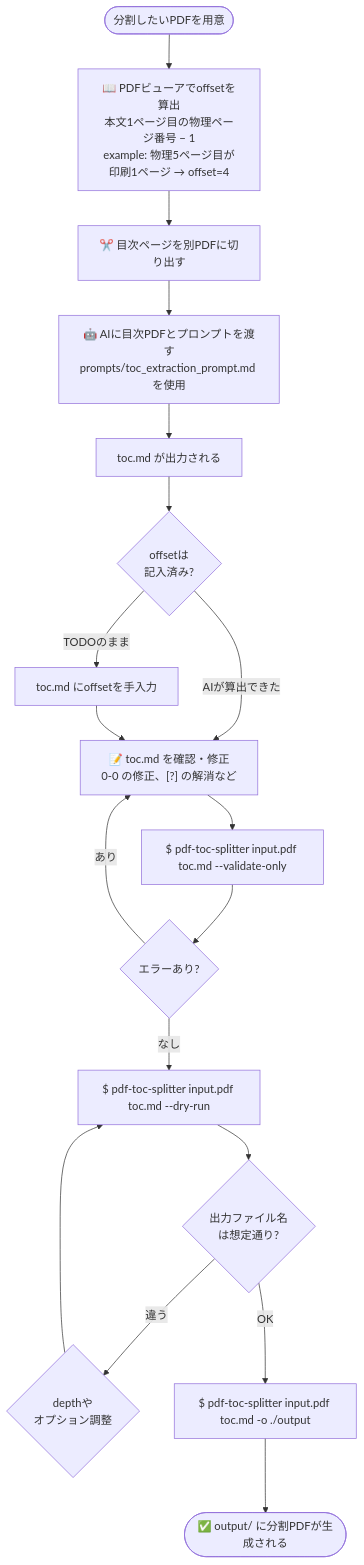
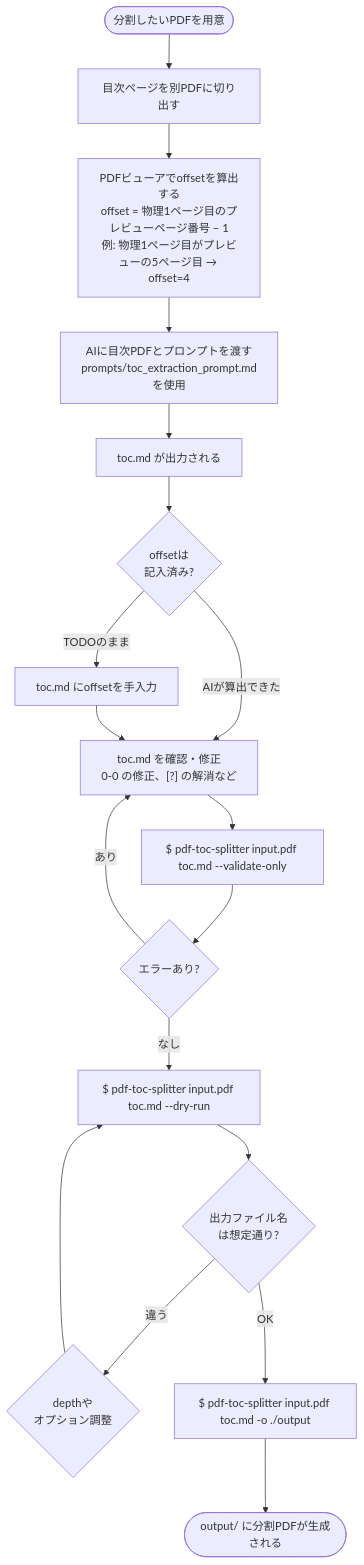
The diagram in README.md (in0ho1no/pdf-toc-splitter), drawn with Mermaid before and after one commit. The commit also changed other lines of this file and 4 other files, not shown here.

````diff
--- a/README.md
+++ b/README.md
@@ -70,31 +35,37 @@
 ```mermaid
 flowchart TD
-    A([分割したいPDFを用意]) --> B
 
-    B["📖 PDFビューアでoffsetを算出\n本文1ページ目の物理ページ番号 − 1\nexample: 物理5ページ目が印刷1ページ → offset=4"]
-    B --> C
+A([分割したいPDFを用意])
+--> B
 
-    C["✂️ 目次ページを別PDFに切り出す"]
-    C --> D
+B["目次ページを別PDFに切り出す"]
+--> C
 
-    D["🤖 AIに目次PDFとプロンプトを渡す\nprompts/toc_extraction_prompt.md を使用"]
-    D --> E["toc.md が出力される"]
-    E --> F{offsetは\n記入済み?}
+C["PDFビューアでoffsetを算出する
+offset = 物理1ページ目のプレビューページ番号 − 1
+例: 物理1ページ目がプレビューの5ページ目 → offset=4"]
+--> D
 
-    F -- AIが算出できた --> G
-    F -- TODOのまま --> F1["toc.md にoffsetを手入力"]
-    F1 --> G
+D["AIに目次PDFとプロンプトを渡す
+prompts/toc_extraction_prompt.md
+を使用"]
+D --> E["toc.md が出力される"]
+E --> F{offsetは\n記入済み?}
 
-    G["📝 toc.md を確認・修正\n0-0 の修正、[?] の解消など"]
-    G --> H["$ pdf-toc-splitter input.pdf toc.md --validate-only"]
-    H --> I{エラーあり?}
+F -- AIが算出できた --> G
+F -- TODOのまま --> F1["toc.md にoffsetを手入力"]
+F1 --> G
 
-    I -- あり --> G
-    I -- なし --> J["$ pdf-toc-splitter input.pdf toc.md --dry-run"]
-    J --> K{出力ファイル名\nは想定通り?}
+G["toc.md を確認・修正\n0-0 の修正、[?] の解消など"]
+G --> H["$ pdf-toc-splitter input.pdf toc.md --validate-only"]
+H --> I{エラーあり?}
 
-    K -- 違う --> L{depthや\nオプション調整}
-    L --> J
-    K -- OK --> M["$ pdf-toc-splitter input.pdf toc.md -o ./output"]
-    M --> N([✅ output/ に分割PDFが生成される])
+I -- あり --> G
+I -- なし --> J["$ pdf-toc-splitter input.pdf toc.md --dry-run"]
+J --> K{出力ファイル名\nは想定通り?}
+
+K -- 違う --> L{depthや\nオプション調整}
+L --> J
+K -- OK --> M["$ pdf-toc-splitter input.pdf toc.md -o ./output"]
+M --> N([output/ に分割PDFが生成される])
 ```
````
